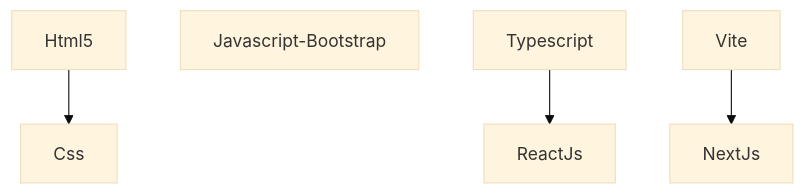
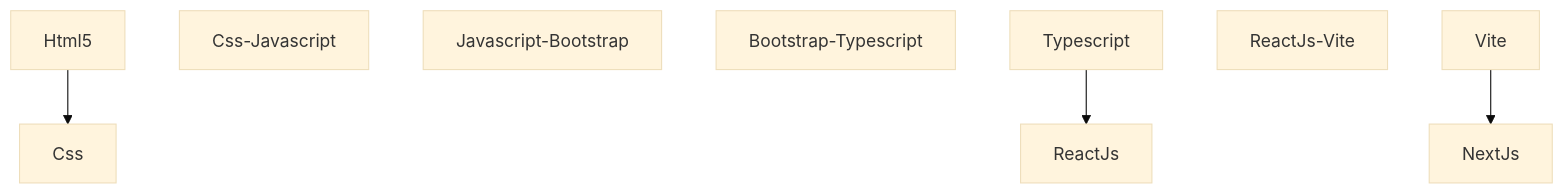
One commit to mrwilbroad/mrwilbroad changed the diagram in README.md. Above: the diagram before and after it, drawn with Mermaid (base theme).

````diff
--- a/README.md
+++ b/README.md
@@ -19,7 +19,10 @@
 ```mermaid
 graph TD;
-    Html5--> Css
-    Javascript-Bootstrap
+    Html5--> Css;
+    Css-Javascript;
+    Javascript-Bootstrap;
+    Bootstrap-Typescript;
     Typescript-->ReactJs;
+    ReactJs-Vite;
     Vite-->NextJs;
 ```
````
